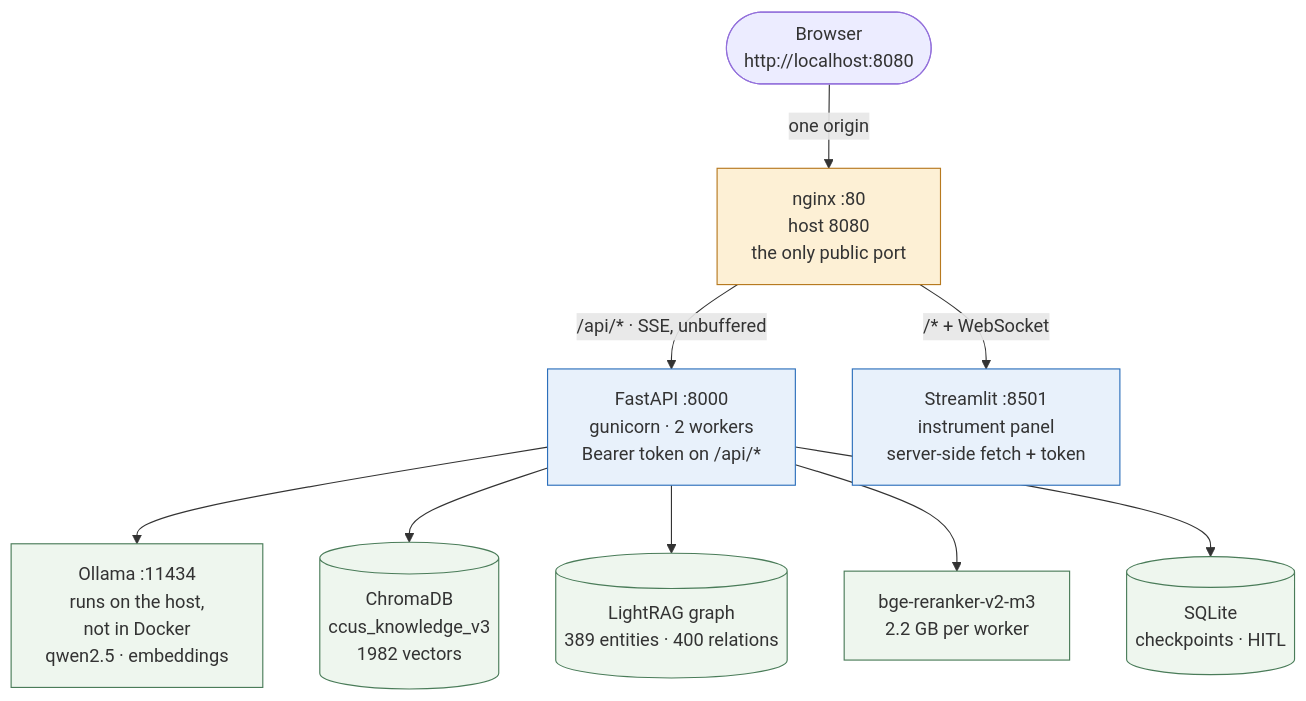
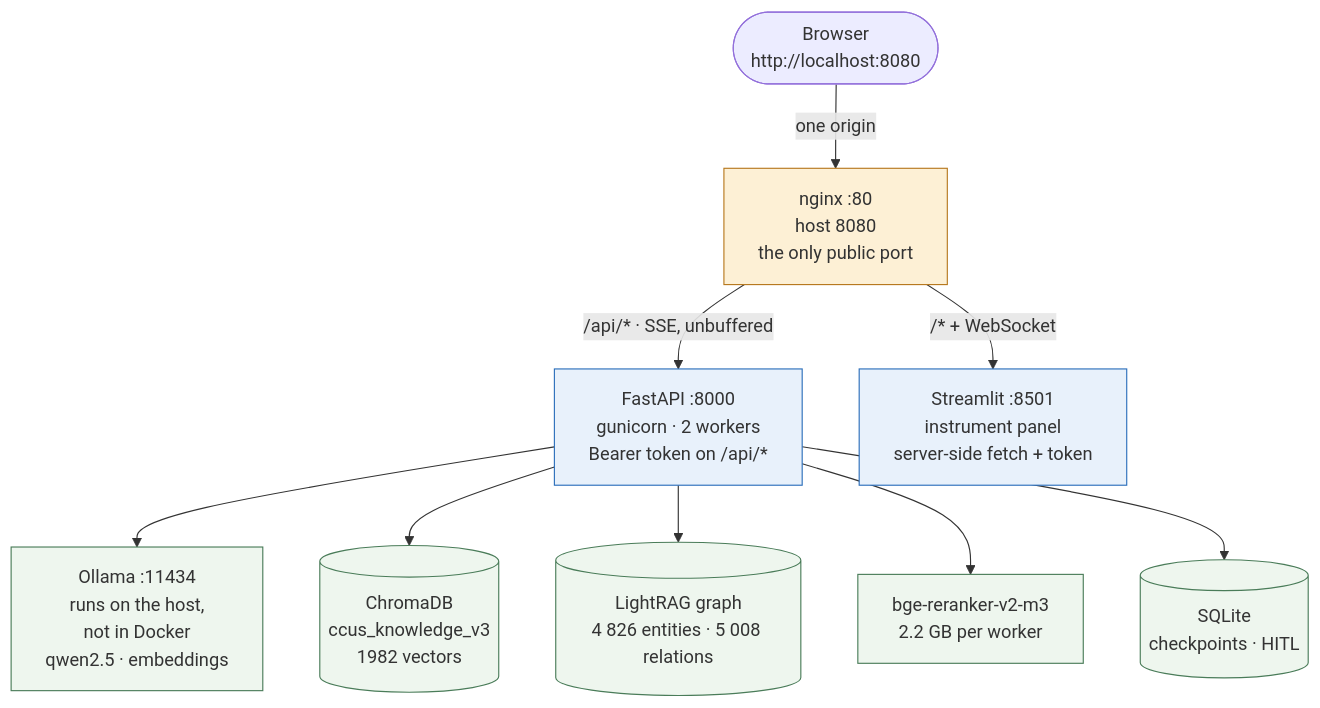
The first of 2 diagrams in README.md (qinruizhang001-hash/petro-rag-agent), drawn with Mermaid before and after one commit. The commit also changed other lines of this file and 5 other files, not shown here.

First line of the commit message:
docs(graph): the corpus is 99.7% read, and the docs still said 8.1%

````diff
--- a/README.md
+++ b/README.md
@@ -38,31 +38,31 @@
 ```mermaid
 flowchart TB
     B(["Browser<br/>http://localhost:8080"])
 
     NG["nginx :80<br/>host 8080<br/>the only public port"]
 
     BE["FastAPI :8000<br/>gunicorn · 2 workers<br/>Bearer token on /api/*"]
     FE["Streamlit :8501<br/>instrument panel<br/>server-side fetch + token"]
 
     OL["Ollama :11434<br/>runs on the host,<br/>not in Docker<br/>qwen2.5 · embeddings"]
     CH[("ChromaDB<br/>ccus_knowledge_v3<br/>1982 vectors")]
-    GR[("LightRAG graph<br/>389 entities · 400 relations")]
+    GR[("LightRAG graph<br/>4 826 entities · 5 008 relations")]
     RR["bge-reranker-v2-m3<br/>2.2 GB per worker"]
     SQ[("SQLite<br/>checkpoints · HITL")]
 
     B -->|"one origin"| NG
     NG -->|"/* + WebSocket"| FE
     NG -->|"/api/* · SSE, unbuffered"| BE
     BE --> OL
     BE --> CH
     BE --> GR
     BE --> RR
     BE --> SQ
 
     classDef edgeStyle fill:#fdf0d5,stroke:#b7791f,stroke-width:1px
     classDef appStyle fill:#e8f1fb,stroke:#2c6fbb,stroke-width:1px
     classDef dataStyle fill:#eef6ee,stroke:#4a7c59,stroke-width:1px
     class NG edgeStyle
     class FE,BE appStyle
     class OL,CH,GR,RR,SQ dataStyle
 ```
````
